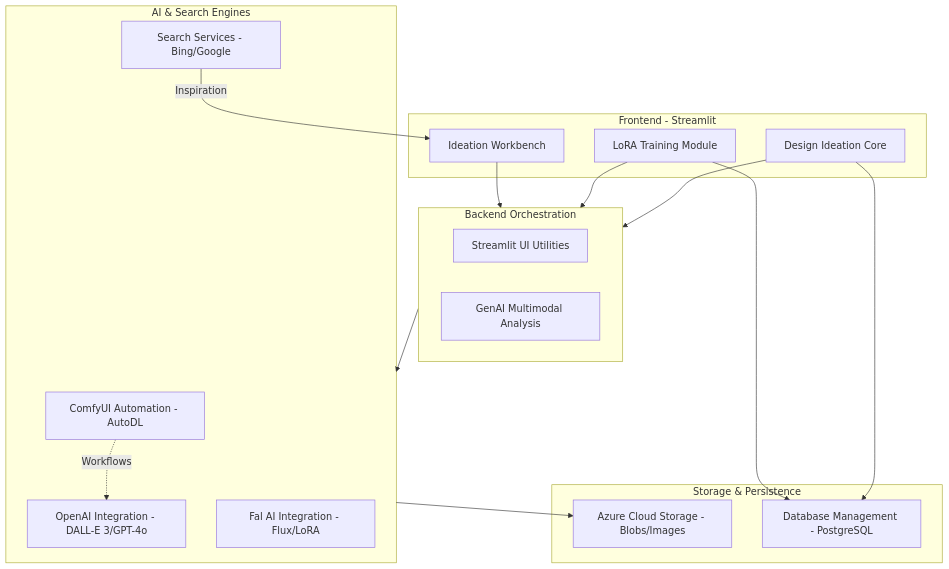
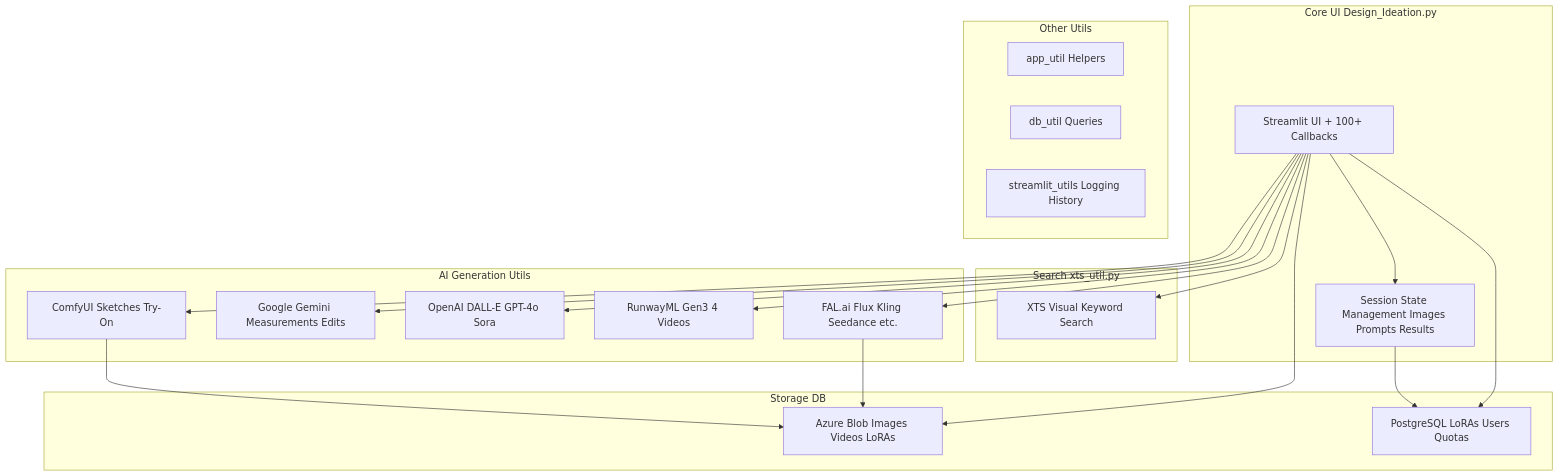
The first of 2 diagrams in LFAIDesign/overview.md (aukei/lfcodewiki), drawn with Mermaid before and after one commit. The commit also changed other lines of this file and 12 other files, not shown here.

````diff
--- a/LFAIDesign/overview.md
+++ b/LFAIDesign/overview.md
@@ -13,39 +18,44 @@
 ```mermaid
-graph TD
-    subgraph Client_Layer [Frontend - Streamlit]
-        IW[Ideation Workbench]
-        LTM[LoRA Training Module]
-        DIC[Design Ideation Core]
+graph TB
+    subgraph "Core UI Design_Ideation.py"
+        UI[Streamlit UI + 100+ Callbacks]
+        SS[Session State Management Images Prompts Results]
     end
 
-    subgraph Logic_Layer [Backend Orchestration]
-        Util[Streamlit UI Utilities]
-        GMA[GenAI Multimodal Analysis]
+    subgraph "Search xts_util.py"
+        XTS[XTS Visual Keyword Search]
     end
 
-    subgraph AI_Service_Layer [AI & Search Engines]
-        CUI[ComfyUI Automation - AutoDL]
-        OAI[OpenAI Integration - DALL-E 3/GPT-4o]
-        FAI[Fal AI Integration - Flux/LoRA]
-        SS[Search Services - Bing/Google]
+    subgraph "AI Generation Utils"
+        FAL[FAL.ai Flux Kling Seedance etc.]
+        GENAI[Google Gemini Measurements Edits]
+        OPENAI[OpenAI DALL-E GPT-4o Sora]
+        RUNWAY[RunwayML Gen3 4 Videos]
+        COMFY[ComfyUI Sketches Try-On]
     end
 
-    subgraph Data_Layer [Storage & Persistence]
-        AZ[Azure Cloud Storage - Blobs/Images]
-        DB[Database Management - PostgreSQL]
+    subgraph "Storage DB"
+        AZURE[Azure Blob Images Videos LoRAs]
+        PGSQL[PostgreSQL LoRAs Users Quotas]
     end
 
-    %% Interactions
-    IW --> Logic_Layer
-    LTM --> Logic_Layer
-    DIC --> Logic_Layer
+    subgraph "Other Utils"
+        APP[app_util Helpers]
+        DB[db_util Queries]
+        STRM[streamlit_utils Logging History]
+    end
 
-    Logic_Layer --> AI_Service_Layer
-    
-    AI_Service_Layer --> AZ
-    LTM --> DB
-    DIC --> DB
-    
-    CUI -.-> |Workflows| OAI
-    SS --> |Inspiration| IW
+    UI --> SS
+    UI --> FAL
+    UI --> GENAI
+    UI --> OPENAI
+    UI --> RUNWAY
+    UI --> COMFY
+    UI --> XTS
+    UI --> AZURE
+    UI --> PGSQL
+
+    FAL --> AZURE
+    COMFY --> AZURE
+    SS --> PGSQL
 ```
````
